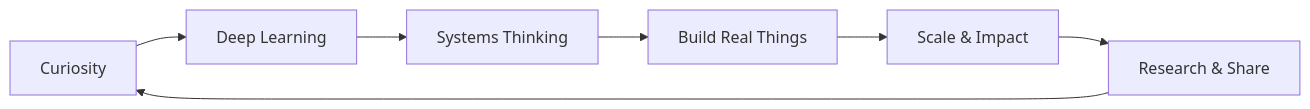
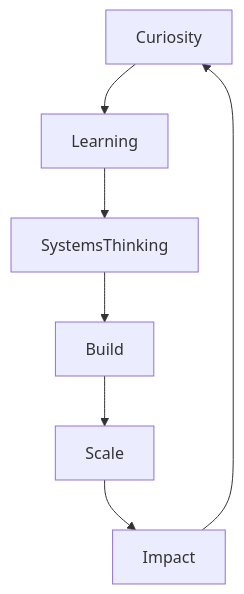
The diagram in README.md (Nitanshu715/Nitanshu715), drawn with Mermaid before and after one commit. The commit also changed other lines of this file, not shown here.

````diff
--- a/README.md
+++ b/README.md
@@ -54,9 +37,9 @@
 ```mermaid
-graph LR
-    A[Curiosity] --> B[Deep Learning]
-    B --> C[Systems Thinking]
-    C --> D[Build Real Things]
-    D --> E[Scale & Impact]
-    E --> F[Research & Share]
-    F --> A
+graph TD
+    Curiosity --> Learning
+    Learning --> SystemsThinking
+    SystemsThinking --> Build
+    Build --> Scale
+    Scale --> Impact
+    Impact --> Curiosity
 ```
````
